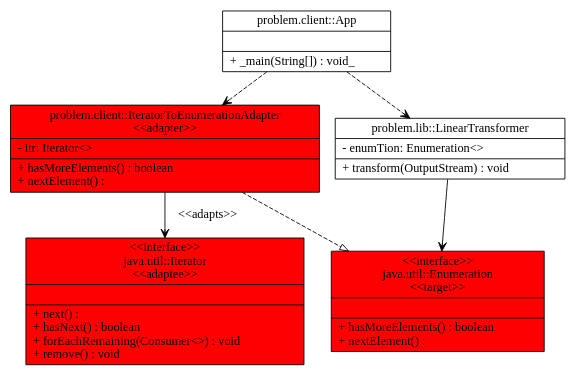
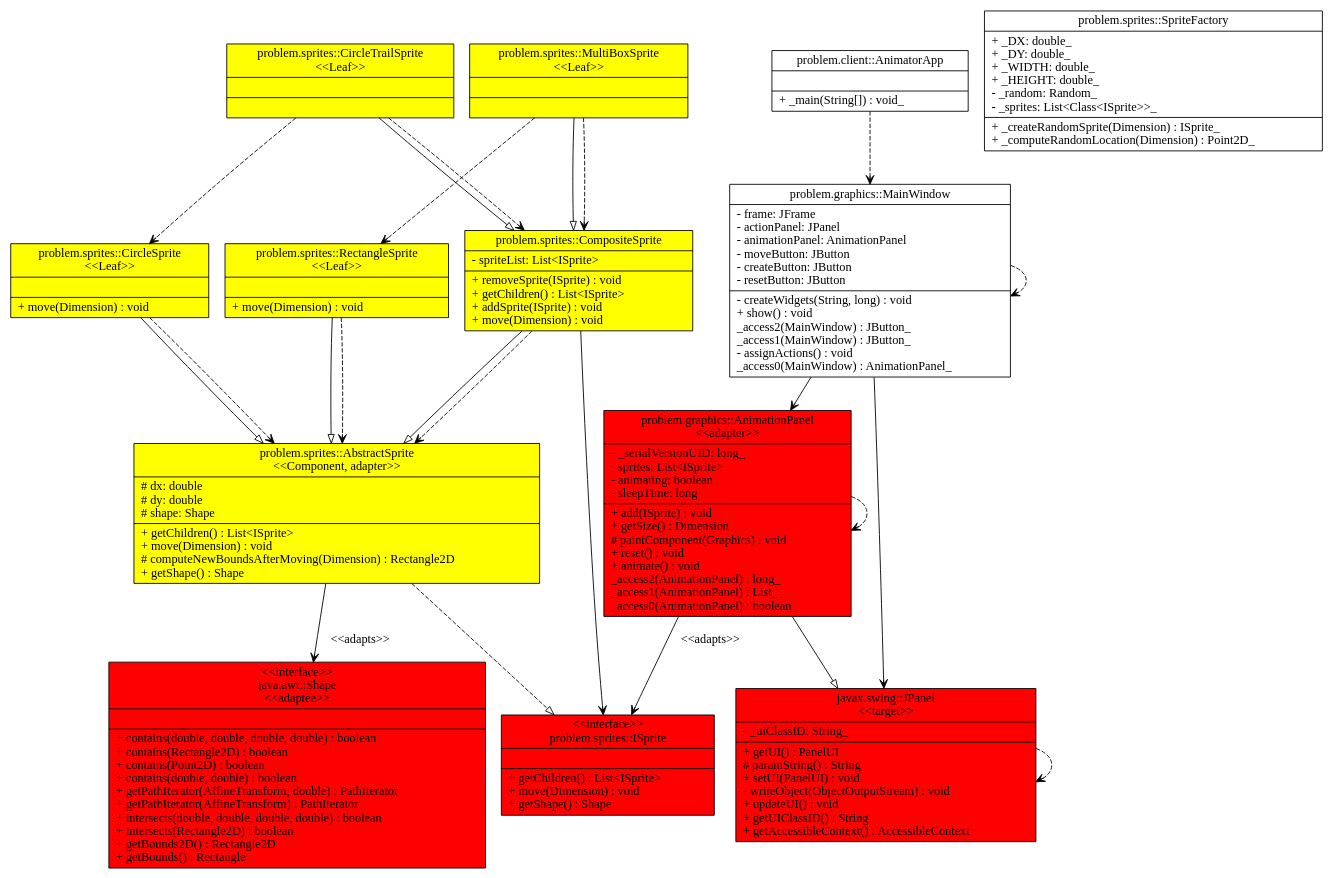
Before and after one commit to pastorsj/LegendaryPatterns: the diagram in input_output/text.dot, drawn with Graphviz. The commit also changed 6 other files, not shown here.

```diff
--- a/input_output/text.dot
+++ b/input_output/text.dot
@@ -1,53 +1,210 @@
 digraph G{
 	node [shape = "record"]
-problemclientIteratorToEnumerationAdapter [
-	label = "{problem.client::IteratorToEnumerationAdapter\n\<\<adapter\>\>|
-	- itr: Iterator\<\>\l
+javaawtShape [
+	label = "{\<\<interface\>\>\njava.awt::Shape\n\<\<adaptee\>\>|
 	|
-	+ hasMoreElements() : boolean\l
-	+ nextElement() : \l
+	+ contains(double, double, double, double) : boolean\l
+	+ contains(Rectangle2D) : boolean\l
+	+ contains(Point2D) : boolean\l
+	+ contains(double, double) : boolean\l
+	+ getPathIterator(AffineTransform, double) : PathIterator\l
+	+ getPathIterator(AffineTransform) : PathIterator\l
+	+ intersects(double, double, double, double) : boolean\l
+	+ intersects(Rectangle2D) : boolean\l
+	+ getBounds2D() : Rectangle2D\l
+	+ getBounds() : Rectangle\l
 	}"
 	style = "filled"
 fillcolor = red]
-problemlibLinearTransformer [
-	label = "{problem.lib::LinearTransformer|
-	- enumTion: Enumeration\<\>\l
+problemspritesCompositeSprite [
+	label = "{problem.sprites::CompositeSprite\n\<\<Composite\>\>|
+	- spriteList: List\<ISprite\>\l
 	|
-	+ transform(OutputStream) : void\l
+	+ removeSprite(ISprite) : void\l
+	+ getChildren() : List\<ISprite\>\l
+	+ addSprite(ISprite) : void\l
+	+ move(Dimension) : void\l
+	}"
+	style = "filled"
+fillcolor = "yellow"]
+problemgraphicsMainWindow [
+	label = "{problem.graphics::MainWindow|
+	- frame: JFrame\l
+	- actionPanel: JPanel\l
+	- animationPanel: AnimationPanel\l
+	- moveButton: JButton\l
+	- createButton: JButton\l
+	- resetButton: JButton\l
+	|
+	- createWidgets(String, long) : void\l
+	+ show() : void\l
+	 _access2(MainWindow) : JButton_\l
+	 _access1(MainWindow) : JButton_\l
+	- assignActions() : void\l
+	 _access0(MainWindow) : AnimationPanel_\l
 	}"
 	]
-problemclientApp [
-	label = "{problem.client::App|
+problemclientAnimatorApp [
+	label = "{problem.client::AnimatorApp|
 	|
 	+ _main(String[]) : void_\l
 	}"
 	]
-javautilEnumeration [
-	label = "{\<\<interface\>\>\njava.util::Enumeration\n\<\<target\>\>|
+problemspritesISprite [
+	label = "{\<\<interface\>\>\nproblem.sprites::ISprite\n\<\<target, adaptee, Component\>\>|
 	|
-	+ hasMoreElements() : boolean\l
-	+ nextElement() : \l
+	+ getChildren() : List\<ISprite\>\l
+	+ move(Dimension) : void\l
+	+ getShape() : Shape\l
 	}"
 	style = "filled"
 fillcolor = red]
-javautilIterator [
-	label = "{\<\<interface\>\>\njava.util::Iterator\n\<\<adaptee\>\>|
+problemspritesAbstractSprite [
+	label = "{problem.sprites::AbstractSprite\n\<\<Component, adapter\>\>|
+	# dx: double\l
+	# dy: double\l
+	# shape: Shape\l
 	|
-	+ next() : \l
-	+ hasNext() : boolean\l
-	+ forEachRemaining(Consumer\<\>) : void\l
-	+ remove() : void\l
+	+ getChildren() : List\<ISprite\>\l
+	+ move(Dimension) : void\l
+	# computeNewBoundsAfterMoving(Dimension) : Rectangle2D\l
+	+ getShape() : Shape\l
+	}"
+	style = "filled"
+fillcolor = "yellow"]
+problemspritesMultiBoxSprite [
+	label = "{problem.sprites::MultiBoxSprite\n\<\<Leaf\>\>|
+	|
+	}"
+	style = "filled"
+fillcolor = "yellow"]
+javaxswingJPanel [
+	label = "{javax.swing::JPanel\n\<\<target\>\>|
+	- _uiClassID: String_\l
+	|
+	+ getUI() : PanelUI\l
+	# paramString() : String\l
+	+ setUI(PanelUI) : void\l
+	- writeObject(ObjectOutputStream) : void\l
+	+ updateUI() : void\l
+	+ getUIClassID() : String\l
+	+ getAccessibleContext() : AccessibleContext\l
 	}"
 	style = "filled"
 fillcolor = red]
+problemspritesISprite [
+	label = "{\<\<interface\>\>\nproblem.sprites::ISprite|
+	|
+	+ getChildren() : List\<ISprite\>\l
+	+ move(Dimension) : void\l
+	+ getShape() : Shape\l
+	}"
+	]
+problemspritesCompositeSprite [
+	label = "{problem.sprites::CompositeSprite|
+	- spriteList: List\<ISprite\>\l
+	|
+	+ removeSprite(ISprite) : void\l
+	+ getChildren() : List\<ISprite\>\l
+	+ addSprite(ISprite) : void\l
+	+ move(Dimension) : void\l
+	}"
+	]
+problemspritesCircleSprite [
+	label = "{problem.sprites::CircleSprite\n\<\<Leaf\>\>|
+	|
+	+ move(Dimension) : void\l
+	}"
+	style = "filled"
+fillcolor = "yellow"]
+problemspritesRectangleSprite [
+	label = "{problem.sprites::RectangleSprite\n\<\<Leaf\>\>|
+	|
+	+ move(Dimension) : void\l
+	}"
+	style = "filled"
+fillcolor = "yellow"]
+problemspritesSpriteFactory [
+	label = "{problem.sprites::SpriteFactory|
+	+ _DX: double_\l
+	+ _DY: double_\l
+	+ _WIDTH: double_\l
+	+ _HEIGHT: double_\l
+	- _random: Random_\l
+	- _sprites: List\<Class\<ISprite\>\>_\l
+	|
+	+ _createRandomSprite(Dimension) : ISprite_\l
+	+ _computeRandomLocation(Dimension) : Point2D_\l
+	}"
+	]
+problemgraphicsAnimationPanel [
+	label = "{problem.graphics::AnimationPanel\n\<\<adapter\>\>|
+	- _serialVersionUID: long_\l
+	- sprites: List\<ISprite\>\l
+	- animating: boolean\l
+	- sleepTime: long\l
+	|
+	+ add(ISprite) : void\l
+	+ getSize() : Dimension\l
+	# paintComponent(Graphics) : void\l
+	+ reset() : void\l
+	+ animate() : void\l
+	 _access2(AnimationPanel) : long_\l
+	 _access1(AnimationPanel) : List_\l
+	 _access0(AnimationPanel) : boolean_\l
+	}"
+	style = "filled"
+fillcolor = red]
+problemspritesCircleTrailSprite [
+	label = "{problem.sprites::CircleTrailSprite\n\<\<Leaf\>\>|
+	|
+	}"
+	style = "filled"
+fillcolor = "yellow"]
+	edge [style = "solid"] [arrowhead = "empty"]
+	[label = ""]problemspritesCompositeSprite->problemspritesAbstractSprite
 	edge [style = "solid"] [arrowhead = "open"]
-	[label = "\<\<adapts\>\>"]problemclientIteratorToEnumerationAdapter->javautilIterator
+	[label = ""]problemspritesCompositeSprite->problemspritesISprite
+	edge [style = "dashed"] [arrowhead = "open"]
+	[label = ""]problemspritesCompositeSprite->problemspritesAbstractSprite
+	edge [style = "solid"] [arrowhead = "open"]
+	[label = ""]problemgraphicsMainWindow->javaxswingJPanel
+	edge [style = "solid"] [arrowhead = "open"]
+	[label = ""]problemgraphicsMainWindow->problemgraphicsAnimationPanel
+	edge [style = "dashed"] [arrowhead = "open"]
+	[label = ""]problemgraphicsMainWindow->problemgraphicsMainWindow
+	edge [style = "dashed"] [arrowhead = "open"]
+	[label = ""]problemclientAnimatorApp->problemgraphicsMainWindow
+	edge [style = "solid"] [arrowhead = "open"]
+	[label = "\<\<adapts\>\>"]problemspritesAbstractSprite->javaawtShape
 	edge [style = "dashed"] [arrowhead = "empty"]
-	[label = ""]problemclientIteratorToEnumerationAdapter->javautilEnumeration
+	[label = ""]problemspritesAbstractSprite->problemspritesISprite
+	edge [style = "solid"] [arrowhead = "empty"]
+	[label = ""]problemspritesMultiBoxSprite->problemspritesCompositeSprite
+	edge [style = "dashed"] [arrowhead = "open"]
+	[label = ""]problemspritesMultiBoxSprite->problemspritesCompositeSprite
+	edge [style = "dashed"] [arrowhead = "open"]
+	[label = ""]problemspritesMultiBoxSprite->problemspritesRectangleSprite
+	edge [style = "dashed"] [arrowhead = "open"]
+	[label = ""]javaxswingJPanel->javaxswingJPanel
+	edge [style = "solid"] [arrowhead = "empty"]
+	[label = ""]problemspritesCircleSprite->problemspritesAbstractSprite
+	edge [style = "dashed"] [arrowhead = "open"]
+	[label = ""]problemspritesCircleSprite->problemspritesAbstractSprite
+	edge [style = "solid"] [arrowhead = "empty"]
+	[label = ""]problemspritesRectangleSprite->problemspritesAbstractSprite
+	edge [style = "dashed"] [arrowhead = "open"]
+	[label = ""]problemspritesRectangleSprite->problemspritesAbstractSprite
+	edge [style = "solid"] [arrowhead = "empty"]
+	[label = ""]problemgraphicsAnimationPanel->javaxswingJPanel
 	edge [style = "solid"] [arrowhead = "open"]
-	[label = ""]problemlibLinearTransformer->javautilEnumeration
+	[label = "\<\<adapts\>\>"]problemgraphicsAnimationPanel->problemspritesISprite
 	edge [style = "dashed"] [arrowhead = "open"]
-	[label = ""]problemclientApp->problemclientIteratorToEnumerationAdapter
+	[label = ""]problemgraphicsAnimationPanel->problemgraphicsAnimationPanel
+	edge [style = "solid"] [arrowhead = "empty"]
+	[label = ""]problemspritesCircleTrailSprite->problemspritesCompositeSprite
 	edge [style = "dashed"] [arrowhead = "open"]
-	[label = ""]problemclientApp->problemlibLinearTransformer
+	[label = ""]problemspritesCircleTrailSprite->problemspritesCompositeSprite
+	edge [style = "dashed"] [arrowhead = "open"]
+	[label = ""]problemspritesCircleTrailSprite->problemspritesCircleSprite
 }
```
